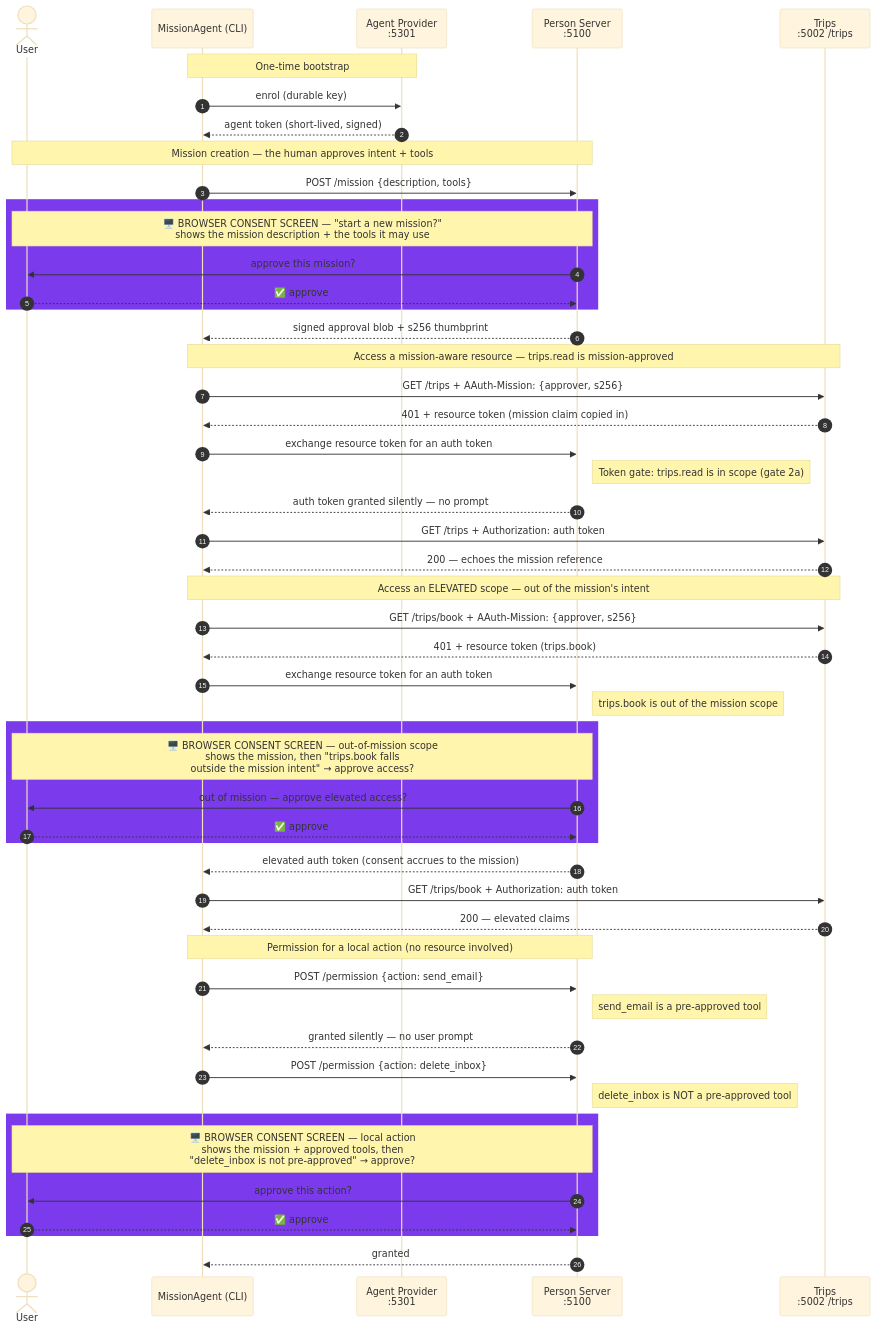
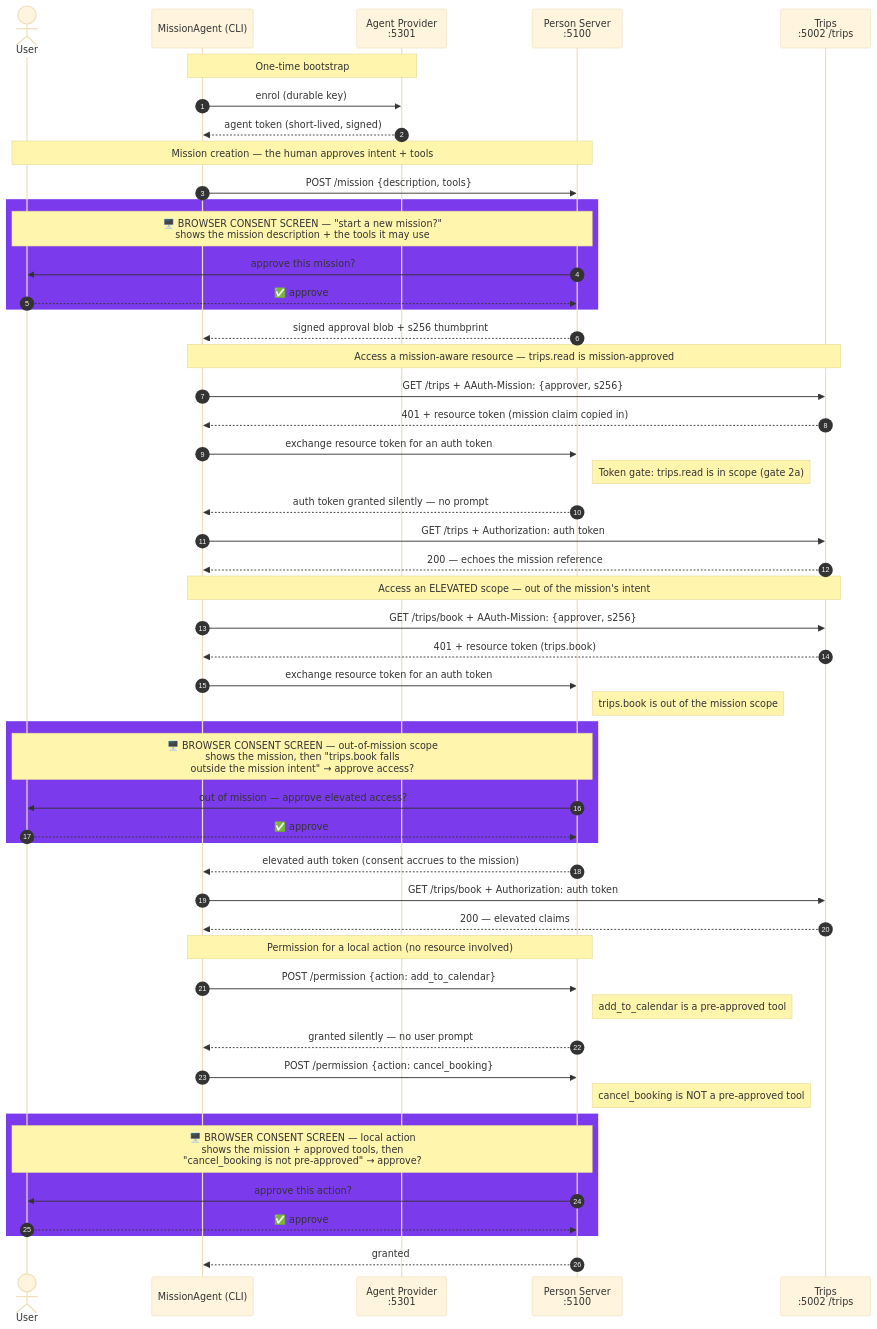
Before and after one commit to aauth-dev/dotnet-samples: the first of 2 diagrams in samples/MissionAgent/README.md, drawn with Mermaid (base theme). The commit also changed other lines of this file and 68 other files, not shown here.

````diff
--- a/samples/MissionAgent/README.md
+++ b/samples/MissionAgent/README.md
@@ -75,58 +75,58 @@
 ```mermaid
 sequenceDiagram
     autonumber
     actor User
     participant Agent as MissionAgent (CLI)
     participant AP as Agent Provider<br/>:5301
     participant PS as Person Server<br/>:5100
     participant R as Trips<br/>:5002 /trips
 
     Note over Agent,AP: One-time bootstrap
     Agent->>AP: enrol (durable key)
     AP-->>Agent: agent token (short-lived, signed)
 
     Note over User,PS: Mission creation — the human approves intent + tools
     Agent->>PS: POST /mission {description, tools}
     rect rgb(124, 58, 237)
         Note over User,PS: 🖥️ BROWSER CONSENT SCREEN — "start a new mission?"<br/>shows the mission description + the tools it may use
         PS->>User: approve this mission?
         User-->>PS: ✅ approve
     end
     PS-->>Agent: signed approval blob + s256 thumbprint
 
     Note over Agent,R: Access a mission-aware resource — trips.read is mission-approved
     Agent->>R: GET /trips + AAuth-Mission: {approver, s256}
     R-->>Agent: 401 + resource token (mission claim copied in)
     Agent->>PS: exchange resource token for an auth token
     Note right of PS: Token gate: trips.read is in scope (gate 2a)
     PS-->>Agent: auth token granted silently — no prompt
     Agent->>R: GET /trips + Authorization: auth token
     R-->>Agent: 200 — echoes the mission reference
 
     Note over Agent,R: Access an ELEVATED scope — out of the mission's intent
     Agent->>R: GET /trips/book + AAuth-Mission: {approver, s256}
     R-->>Agent: 401 + resource token (trips.book)
     Agent->>PS: exchange resource token for an auth token
     Note right of PS: trips.book is out of the mission scope
     rect rgb(124, 58, 237)
         Note over User,PS: 🖥️ BROWSER CONSENT SCREEN — out-of-mission scope<br/>shows the mission, then "trips.book falls<br/>outside the mission intent" → approve access?
         PS->>User: out of mission — approve elevated access?
         User-->>PS: ✅ approve
     end
     PS-->>Agent: elevated auth token (consent accrues to the mission)
     Agent->>R: GET /trips/book + Authorization: auth token
     R-->>Agent: 200 — elevated claims
 
     Note over Agent,PS: Permission for a local action (no resource involved)
-    Agent->>PS: POST /permission {action: send_email}
-    Note right of PS: send_email is a pre-approved tool
+    Agent->>PS: POST /permission {action: add_to_calendar}
+    Note right of PS: add_to_calendar is a pre-approved tool
     PS-->>Agent: granted silently — no user prompt
-    Agent->>PS: POST /permission {action: delete_inbox}
-    Note right of PS: delete_inbox is NOT a pre-approved tool
+    Agent->>PS: POST /permission {action: cancel_booking}
+    Note right of PS: cancel_booking is NOT a pre-approved tool
     rect rgb(124, 58, 237)
-        Note over User,PS: 🖥️ BROWSER CONSENT SCREEN — local action<br/>shows the mission + approved tools, then<br/>"delete_inbox is not pre-approved" → approve?
+        Note over User,PS: 🖥️ BROWSER CONSENT SCREEN — local action<br/>shows the mission + approved tools, then<br/>"cancel_booking is not pre-approved" → approve?
         PS->>User: approve this action?
         User-->>PS: ✅ approve
     end
     PS-->>Agent: granted
 ```
````
